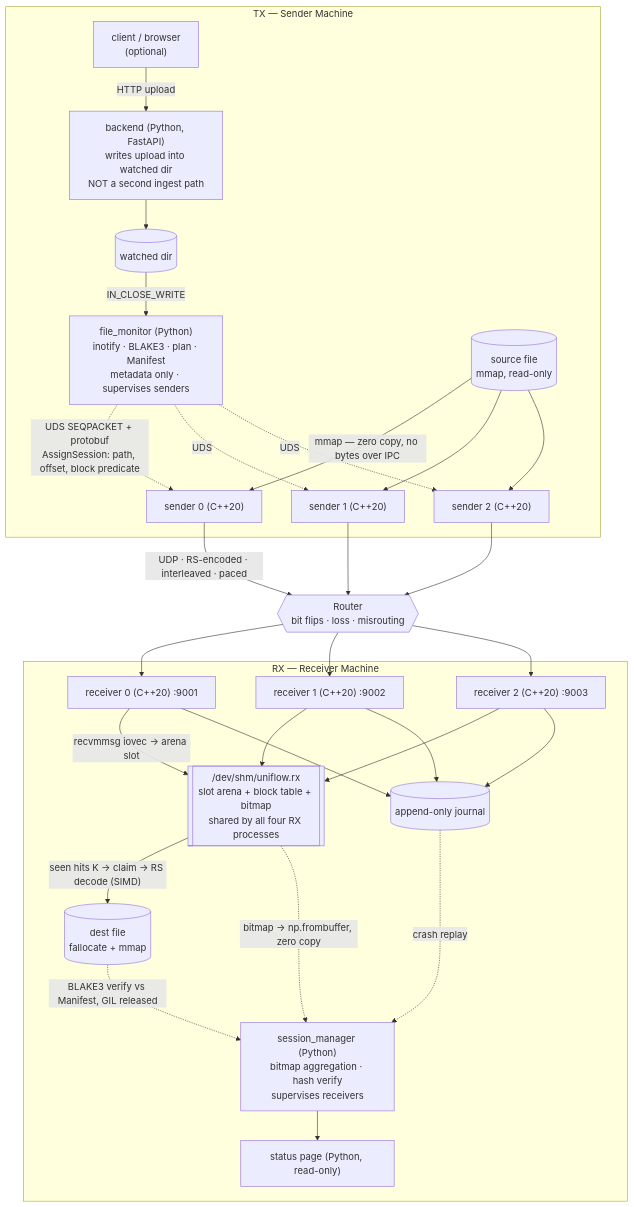
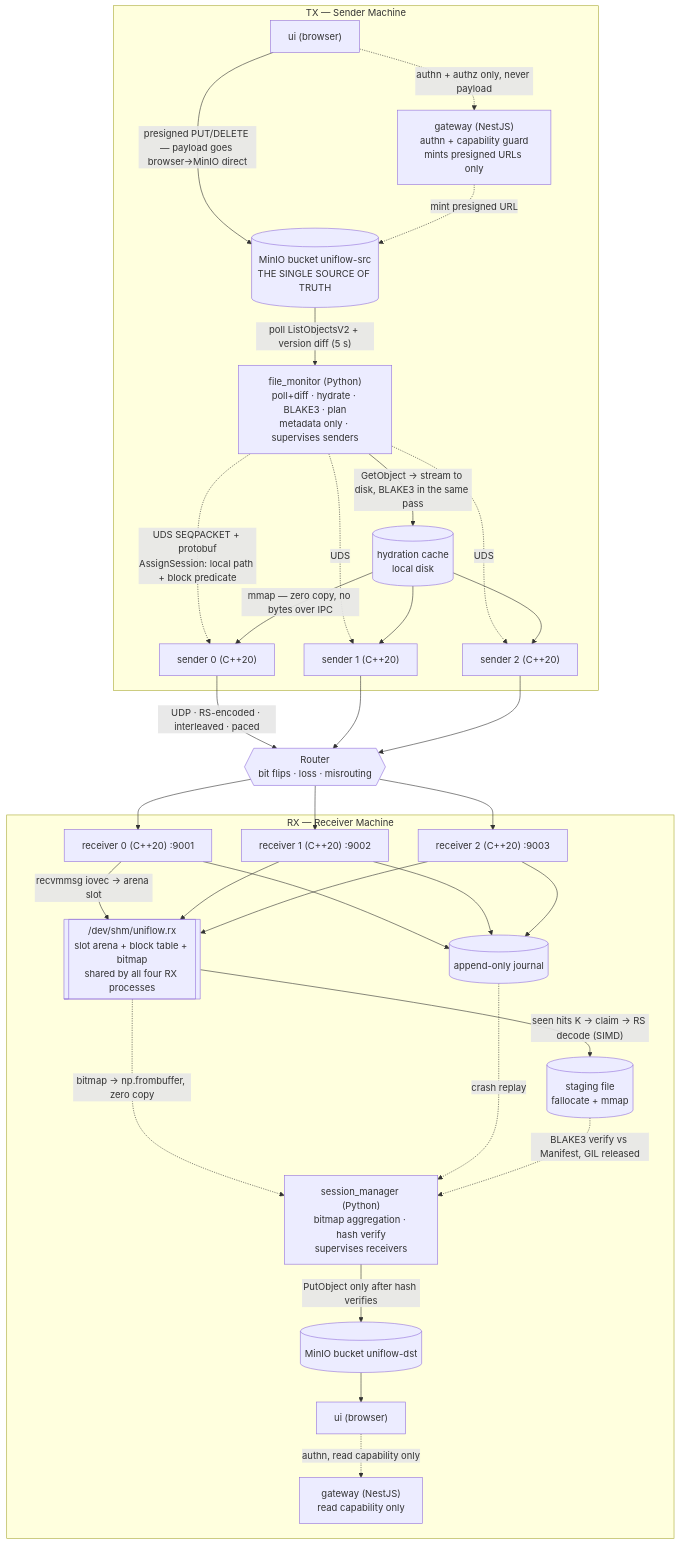
One commit to 1400-nexus/.github changed the first of 2 diagrams in profile/README.md. Above: the diagram before and after it, drawn with Mermaid. The commit also changed other lines of this file, not shown here.

````diff
--- a/profile/README.md
+++ b/profile/README.md
@@ -213,55 +264,62 @@
 ```mermaid
 flowchart TB
   subgraph TX["TX — Sender Machine"]
-    CLI["client / browser<br/>(optional)"]
-    BE["backend (Python, FastAPI)<br/>writes upload into watched dir<br/>NOT a second ingest path"]
-    WD[("watched dir")]
-    FM["file_monitor (Python)<br/>inotify · BLAKE3 · plan · Manifest<br/>metadata only · supervises senders"]
+    UI["ui (browser)"]
+    GW["gateway (NestJS)<br/>authn + capability guard<br/>mints presigned URLs only"]
+    WD[("MinIO bucket uniflow-src<br/>THE SINGLE SOURCE OF TRUTH")]
+    HYD[("hydration cache<br/>local disk")]
+    FM["file_monitor (Python)<br/>poll+diff · hydrate · BLAKE3 · plan<br/>metadata only · supervises senders"]
     S0["sender 0 (C++20)"]
     S1["sender 1 (C++20)"]
     S2["sender 2 (C++20)"]
-    SRC[("source file<br/>mmap, read-only")]
   end
 
   R{{"Router<br/>bit flips · loss · misrouting"}}
 
   subgraph RX["RX — Receiver Machine"]
     R0["receiver 0 (C++20) :9001"]
     R1["receiver 1 (C++20) :9002"]
     R2["receiver 2 (C++20) :9003"]
     ARENA[["/dev/shm/uniflow.rx<br/>slot arena + block table + bitmap<br/>shared by all four RX processes"]]
-    DST[("dest file<br/>fallocate + mmap")]
+    DST[("staging file<br/>fallocate + mmap")]
     WAL[("append-only journal")]
     SM["session_manager (Python)<br/>bitmap aggregation · hash verify<br/>supervises receivers"]
-    UI["status page (Python, read-only)"]
+    DB[("MinIO bucket uniflow-dst")]
+    GW2["gateway (NestJS)<br/>read capability only"]
+    UI2["ui (browser)"]
   end
 
-  CLI -->|"HTTP upload"| BE --> WD
-  WD -->|"IN_CLOSE_WRITE"| FM
-  FM -.->|"UDS SEQPACKET + protobuf<br/>AssignSession: path, offset, block predicate"| S0
+  UI -->|"presigned PUT/DELETE — payload goes browser→MinIO direct"| WD
+  UI -.->|"authn + authz only, never payload"| GW
+  GW -.->|"mint presigned URL"| WD
+  WD -->|"poll ListObjectsV2 + version diff (5 s)"| FM
+  FM -->|"GetObject → stream to disk, BLAKE3 in the same pass"| HYD
+  FM -.->|"UDS SEQPACKET + protobuf<br/>AssignSession: local path + block predicate"| S0
   FM -.->|UDS| S1
   FM -.->|UDS| S2
-  SRC -->|"mmap — zero copy, no bytes over IPC"| S0
-  SRC --> S1
-  SRC --> S2
+  HYD -->|"mmap — zero copy, no bytes over IPC"| S0
+  HYD --> S1
+  HYD --> S2
 
   S0 -->|"UDP · RS-encoded · interleaved · paced"| R
   S1 --> R
   S2 --> R
 
   R --> R0
   R --> R1
   R --> R2
 
   R0 -->|"recvmmsg iovec → arena slot"| ARENA
   R1 --> ARENA
   R2 --> ARENA
   ARENA -->|"seen hits K → claim → RS decode (SIMD)"| DST
   R0 --> WAL
   R1 --> WAL
   R2 --> WAL
   ARENA -.->|"bitmap → np.frombuffer, zero copy"| SM
   WAL -.->|"crash replay"| SM
   DST -.->|"BLAKE3 verify vs Manifest, GIL released"| SM
-  SM --> UI
+  SM -->|"PutObject only after hash verifies"| DB
+  DB --> UI2
+  UI2 -.->|"authn, read capability only"| GW2
 ```
````
